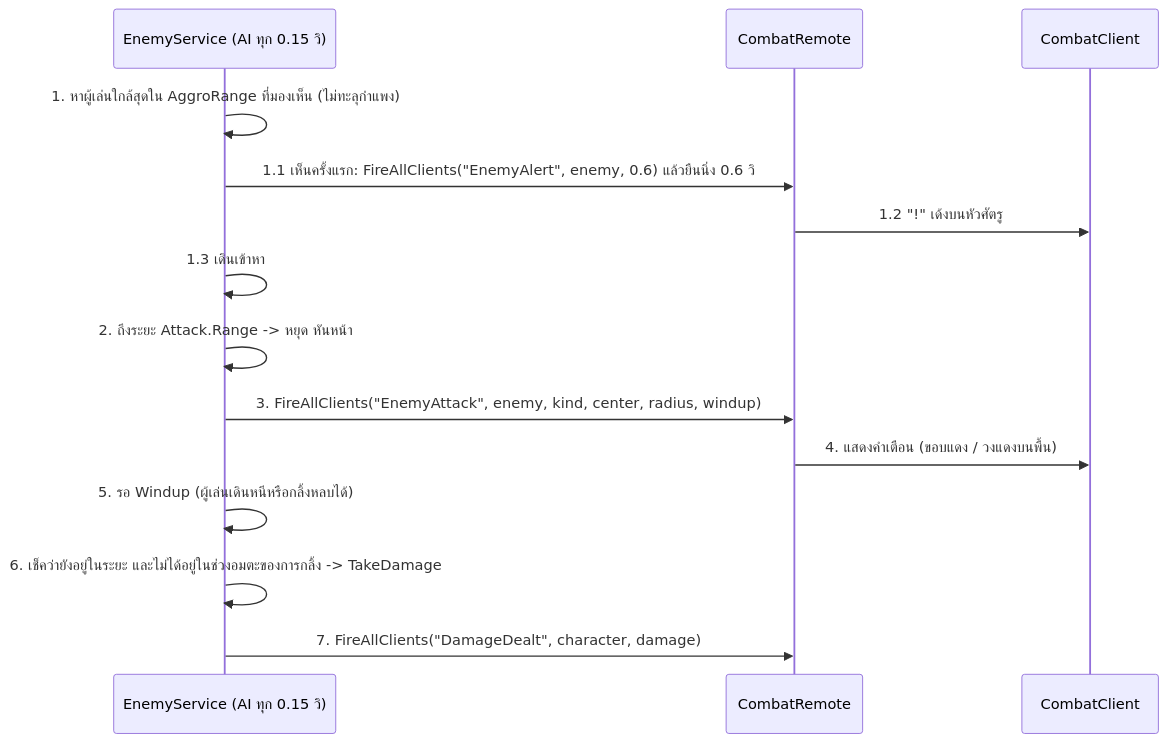
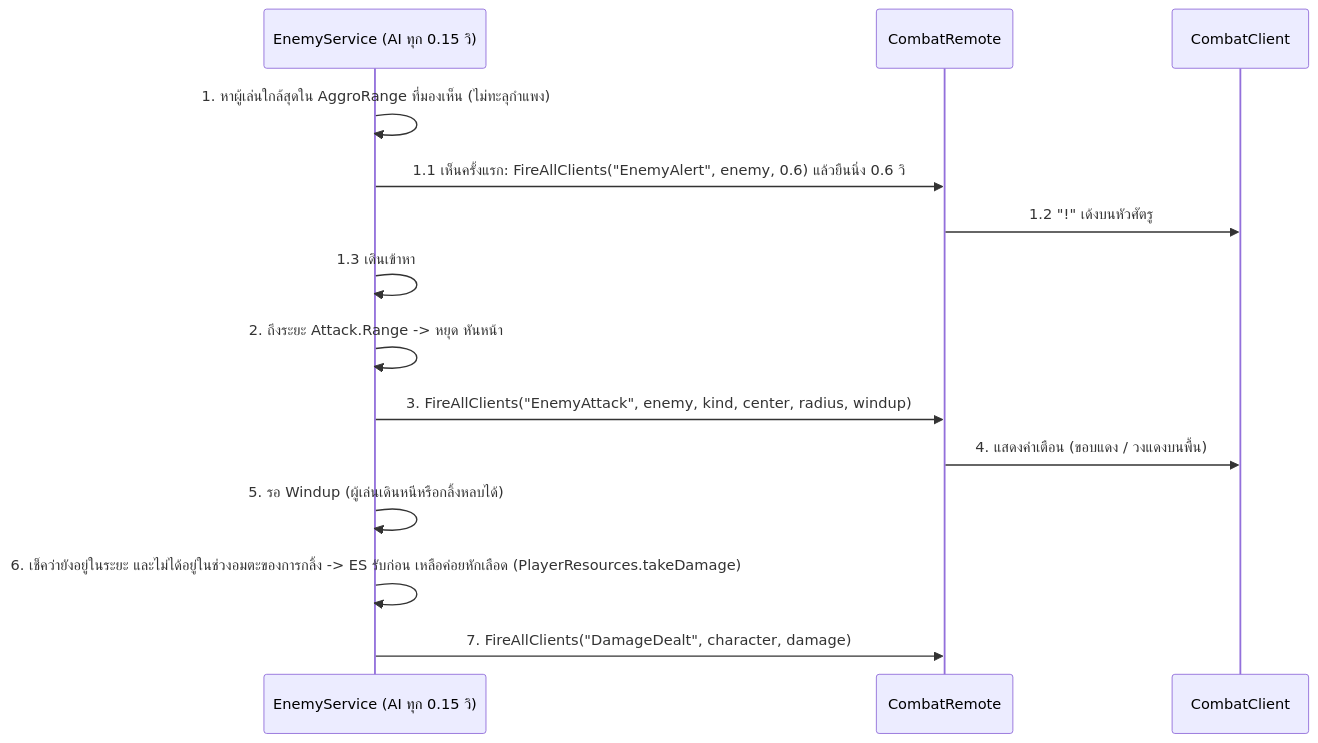
The second of 2 diagrams in ARCHITECTURE.md (Weerapap3006/POE-ROBLOX), drawn with Mermaid before and after one commit. The commit also changed other lines of this file and 16 other files, not shown here.

````diff
--- a/ARCHITECTURE.md
+++ b/ARCHITECTURE.md
@@ -304,17 +336,17 @@
 ```mermaid
 sequenceDiagram
     participant E as EnemyService (AI ทุก 0.15 วิ)
     participant R as CombatRemote
     participant C as CombatClient
 
     E->>E: 1. หาผู้เล่นใกล้สุดใน AggroRange ที่มองเห็น (ไม่ทะลุกำแพง)
     E->>R: 1.1 เห็นครั้งแรก: FireAllClients("EnemyAlert", enemy, 0.6) แล้วยืนนิ่ง 0.6 วิ
     R->>C: 1.2 "!" เด้งบนหัวศัตรู
     E->>E: 1.3 เดินเข้าหา
     E->>E: 2. ถึงระยะ Attack.Range -> หยุด หันหน้า
     E->>R: 3. FireAllClients("EnemyAttack", enemy, kind, center, radius, windup)
     R->>C: 4. แสดงคำเตือน (ขอบแดง / วงแดงบนพื้น)
     E->>E: 5. รอ Windup (ผู้เล่นเดินหนีหรือกลิ้งหลบได้)
-    E->>E: 6. เช็คว่ายังอยู่ในระยะ และไม่ได้อยู่ในช่วงอมตะของการกลิ้ง -> TakeDamage
+    E->>E: 6. เช็คว่ายังอยู่ในระยะ และไม่ได้อยู่ในช่วงอมตะของการกลิ้ง -> ES รับก่อน เหลือค่อยหักเลือด (PlayerResources.takeDamage)
     E->>R: 7. FireAllClients("DamageDealt", character, damage)
 ```
````
